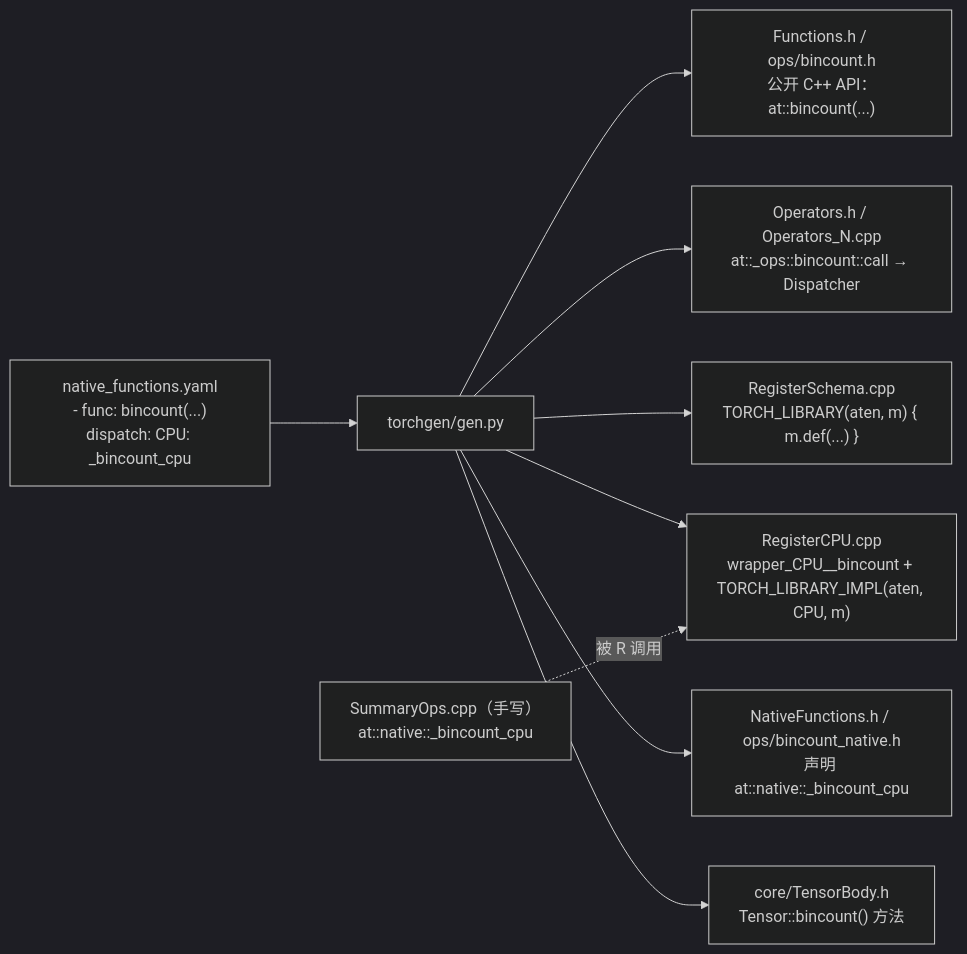
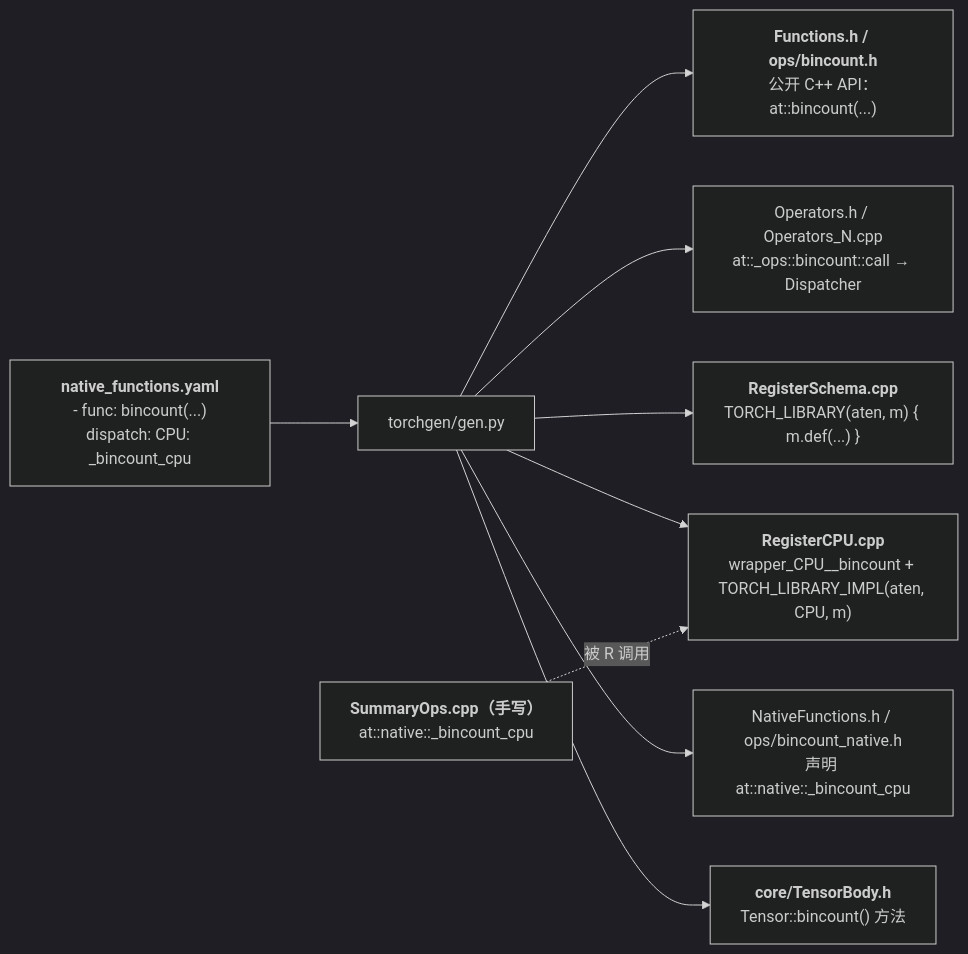
One commit to arganzheng/arganzheng.github.com changed the second of 2 diagrams in _posts/2026-02-10-cpp-macros-static-registration-and-codegen.md. Above: the diagram before and after it, drawn with Mermaid (dark theme). The commit also changed other lines of this file and 7 other files, not shown here.

First line of the commit message:
C++ 在 AI-Infra：从对象模型到算子扩展：Mermaid 多行方框的首行标为标题（8 篇）

````diff
--- a/_posts/2026-02-10-cpp-macros-static-registration-and-codegen.md
+++ b/_posts/2026-02-10-cpp-macros-static-registration-and-codegen.md
@@ -1614,12 +1614,12 @@
 ```mermaid
 %% 图：一个 native_functions.yaml 条目生成了什么：torchgen 产出的头文件、注册文件与 wrapper
 flowchart LR
-    Y["native_functions.yaml<br/>- func: bincount(...)<br/>dispatch: CPU: _bincount_cpu"] --> G[torchgen/gen.py]
-    G --> F["Functions.h / ops/bincount.h<br/>公开 C++ API：at::bincount(...)"]
+    Y["<b>native_functions.yaml</b><br/>- func: bincount(...)<br/>dispatch: CPU: _bincount_cpu"] --> G[torchgen/gen.py]
+    G --> F["<b>Functions.h / ops/bincount.h</b><br/>公开 C++ API：at::bincount(...)"]
     G --> O["Operators.h / Operators_N.cpp<br/>at::_ops::bincount::call → Dispatcher"]
-    G --> S["RegisterSchema.cpp<br/>TORCH_LIBRARY(aten, m) { m.def(...) }"]
-    G --> R["RegisterCPU.cpp<br/>wrapper_CPU__bincount + TORCH_LIBRARY_IMPL(aten, CPU, m)"]
+    G --> S["<b>RegisterSchema.cpp</b><br/>TORCH_LIBRARY(aten, m) { m.def(...) }"]
+    G --> R["<b>RegisterCPU.cpp</b><br/>wrapper_CPU__bincount + TORCH_LIBRARY_IMPL(aten, CPU, m)"]
     G --> N["NativeFunctions.h / ops/bincount_native.h<br/>声明 at::native::_bincount_cpu"]
-    G --> T["core/TensorBody.h<br/>Tensor::bincount() 方法"]
-    H["SummaryOps.cpp（手写）<br/>at::native::_bincount_cpu"] -.被 R 调用.-> R
+    G --> T["<b>core/TensorBody.h</b><br/>Tensor::bincount() 方法"]
+    H["<b>SummaryOps.cpp（手写）</b><br/>at::native::_bincount_cpu"] -.被 R 调用.-> R
 ```
````
